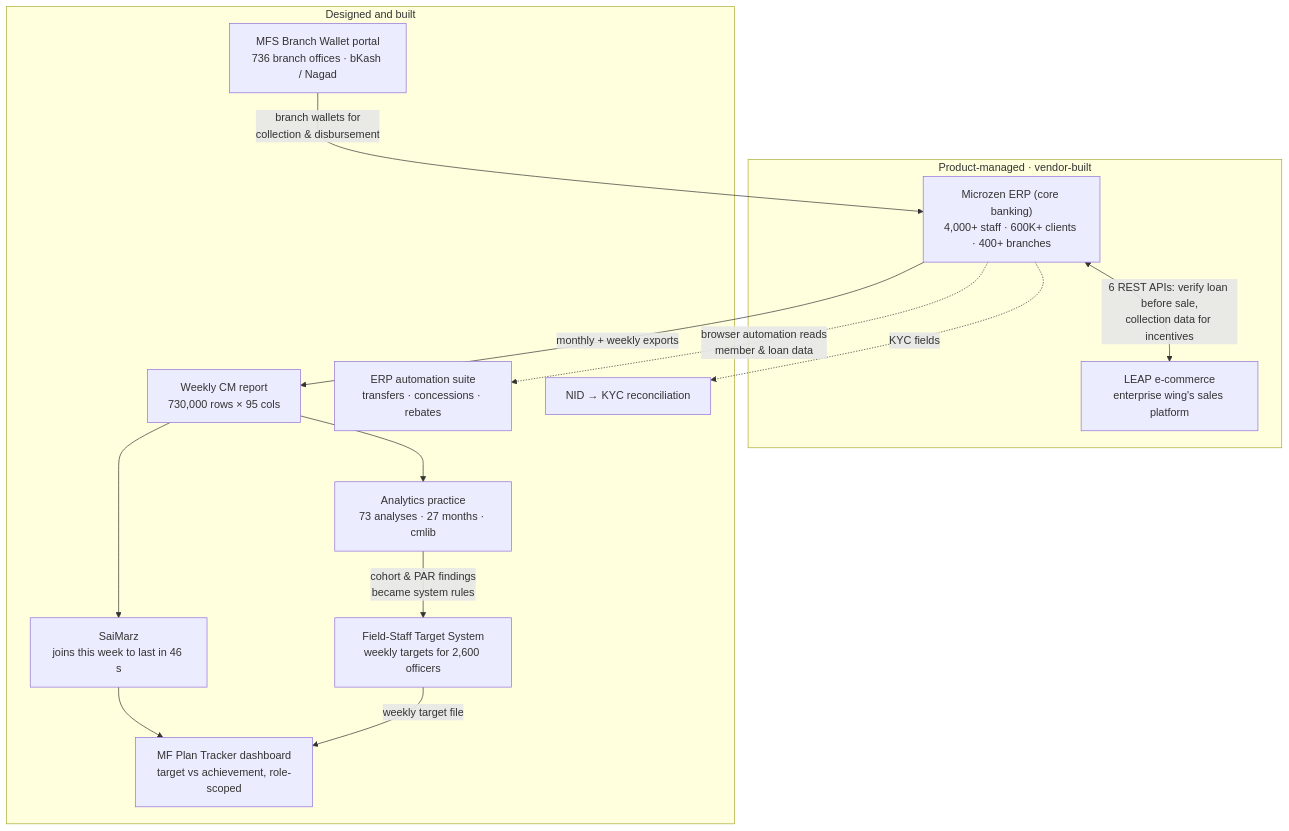
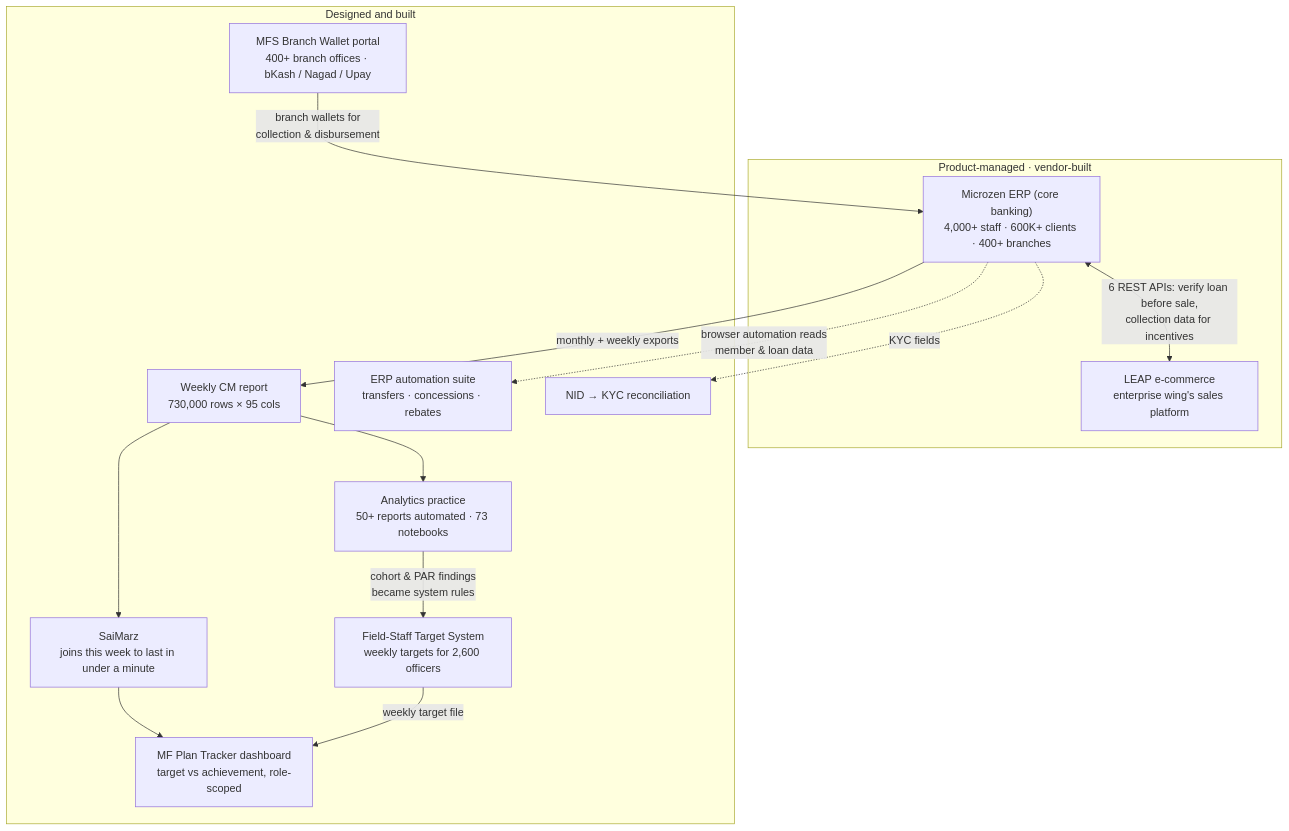
The diagram in README.md (PabelHaque/PabelHaque), drawn with Mermaid before and after one commit. The commit also changed other lines of this file, not shown here.

Commit message:
Reconcile figures with the CV; add IGACAIR, CCAC and 50+ automated reports

````diff
--- a/README.md
+++ b/README.md
@@ -30,28 +31,28 @@
 ```mermaid
 flowchart TB
     subgraph PM["Product-managed · vendor-built"]
         MZ["Microzen ERP (core banking)<br/>4,000+ staff · 600K+ clients · 400+ branches"]
         LEAP["LEAP e-commerce<br/>enterprise wing's sales platform"]
         MZ <-- "6 REST APIs: verify loan before sale,<br/>collection data for incentives" --> LEAP
     end
 
     subgraph BUILT["Designed and built"]
         CM["Weekly CM report<br/>730,000 rows × 95 cols"]
-        SM["SaiMarz<br/>joins this week to last in 46 s"]
+        SM["SaiMarz<br/>joins this week to last in under a minute"]
         TS["Field-Staff Target System<br/>weekly targets for 2,600 officers"]
         BP["MF Plan Tracker dashboard<br/>target vs achievement, role-scoped"]
-        MFS["MFS Branch Wallet portal<br/>736 branch offices · bKash / Nagad"]
+        MFS["MFS Branch Wallet portal<br/>400+ branch offices · bKash / Nagad / Upay"]
         AUTO["ERP automation suite<br/>transfers · concessions · rebates"]
         NID["NID → KYC reconciliation"]
-        AN["Analytics practice<br/>73 analyses · 27 months · cmlib"]
+        AN["Analytics practice<br/>50+ reports automated · 73 notebooks"]
     end
 
     MZ -- "monthly + weekly exports" --> CM
     CM --> SM --> BP
     CM --> AN
     TS -- "weekly target file" --> BP
     MZ -. "browser automation reads<br/>member & loan data" .-> AUTO
     MZ -. "KYC fields" .-> NID
     MFS -- "branch wallets for<br/>collection & disbursement" --> MZ
     AN -- "cohort & PAR findings<br/>became system rules" --> TS
 ```
````
